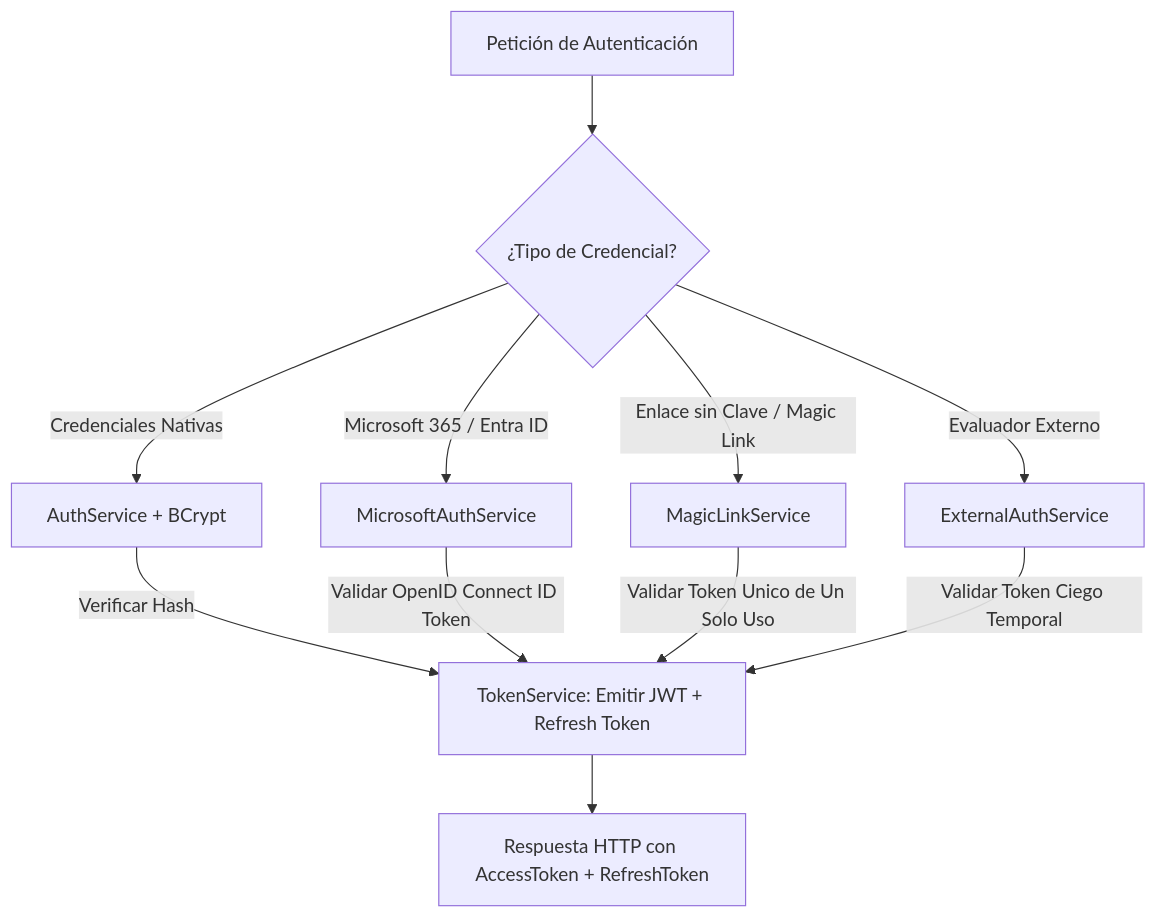
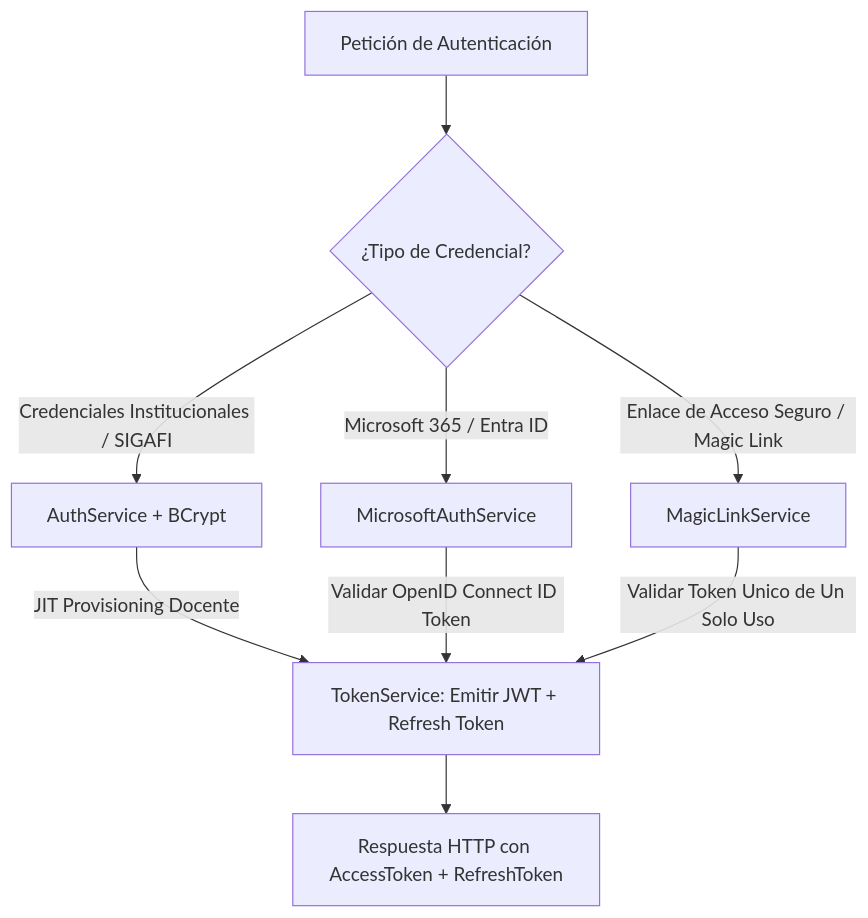
Before and after one commit to JorgeDoicela/dosier: the first of 2 diagrams in docs/documentacion/02-backend-servicios/02-autenticacion-sso-y-rbac.md, drawn with Mermaid. The commit also changed other lines of this file and 34 other files, not shown here.

````diff
--- a/docs/documentacion/02-backend-servicios/02-autenticacion-sso-y-rbac.md
+++ b/docs/documentacion/02-backend-servicios/02-autenticacion-sso-y-rbac.md
@@ -15,18 +15,15 @@
 ```mermaid
 graph TD
     UserReq[Petición de Autenticación] --> AuthType{¿Tipo de Credencial?}
 
-    AuthType -->|Credenciales Nativas| LocalAuth[AuthService + BCrypt]
-    LocalAuth -->|Verificar Hash| TokenGen[TokenService: Emitir JWT + Refresh Token]
+    AuthType -->|Credenciales Institucionales / SIGAFI| LocalAuth[AuthService + BCrypt]
+    LocalAuth -->|JIT Provisioning Docente| TokenGen[TokenService: Emitir JWT + Refresh Token]
 
     AuthType -->|Microsoft 365 / Entra ID| SSOAuth[MicrosoftAuthService]
     SSOAuth -->|Validar OpenID Connect ID Token| TokenGen
 
-    AuthType -->|Enlace sin Clave / Magic Link| MagicAuth[MagicLinkService]
+    AuthType -->|Enlace de Acceso Seguro / Magic Link| MagicAuth[MagicLinkService]
     MagicAuth -->|Validar Token Unico de Un Solo Uso| TokenGen
-
-    AuthType -->|Evaluador Externo| ExtAuth[ExternalAuthService]
-    ExtAuth -->|Validar Token Ciego Temporal| TokenGen
 
     TokenGen --> Response[Respuesta HTTP con AccessToken + RefreshToken]
 ```
````
